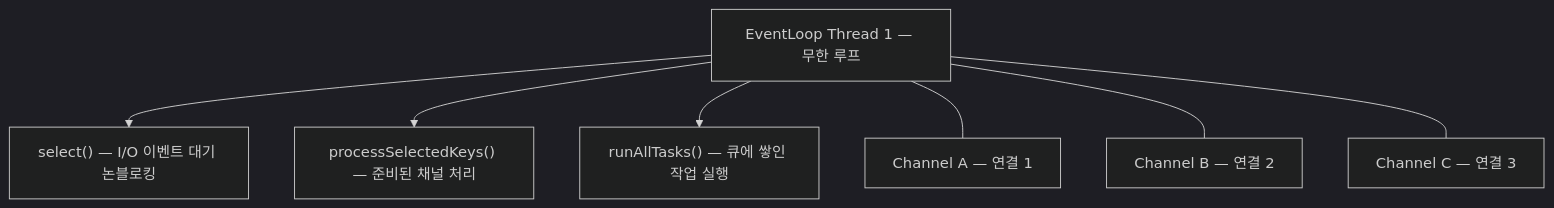
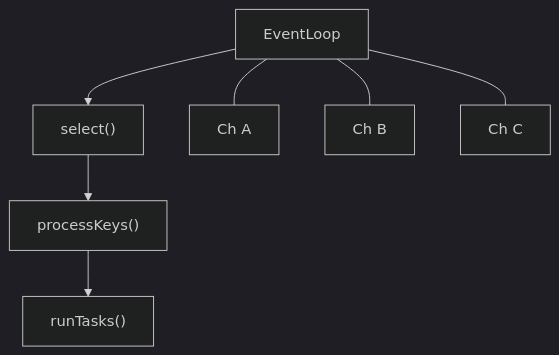
Before and after one commit to yjkim2015/yjkim2015.github.io: the fifth of 7 diagrams in _posts/server/2026-05-01-tomcat-vs-netty.md, drawn with Mermaid (dark theme). The commit also changed other lines of this file and 271 other files, not shown here.

First line of the commit message:
Mermaid 라벨 축소: 긴 노드 텍스트 18자 이하로 트림 + \n 제거

````diff
--- a/_posts/server/2026-05-01-tomcat-vs-netty.md
+++ b/_posts/server/2026-05-01-tomcat-vs-netty.md
@@ -110,10 +93,5 @@
 ```mermaid
 graph TD
-    EL["EventLoop Thread 1 — 무한 루프"]
-    EL --> S["select() — I/O 이벤트 대기 논블로킹"]
-    EL --> P["processSelectedKeys() — 준비된 채널 처리"]
-    EL --> R["runAllTasks() — 큐에 쌓인 작업 실행"]
-    EL --- CA["Channel A — 연결 1"]
-    EL --- CB["Channel B — 연결 2"]
-    EL --- CC["Channel C — 연결 3"]
+    EL["EventLoop"] --> S["select()"] --> P["processKeys()"] --> R["runTasks()"]
+    EL --- A["Ch A"] & B["Ch B"] & C["Ch C"]
 ```
````
